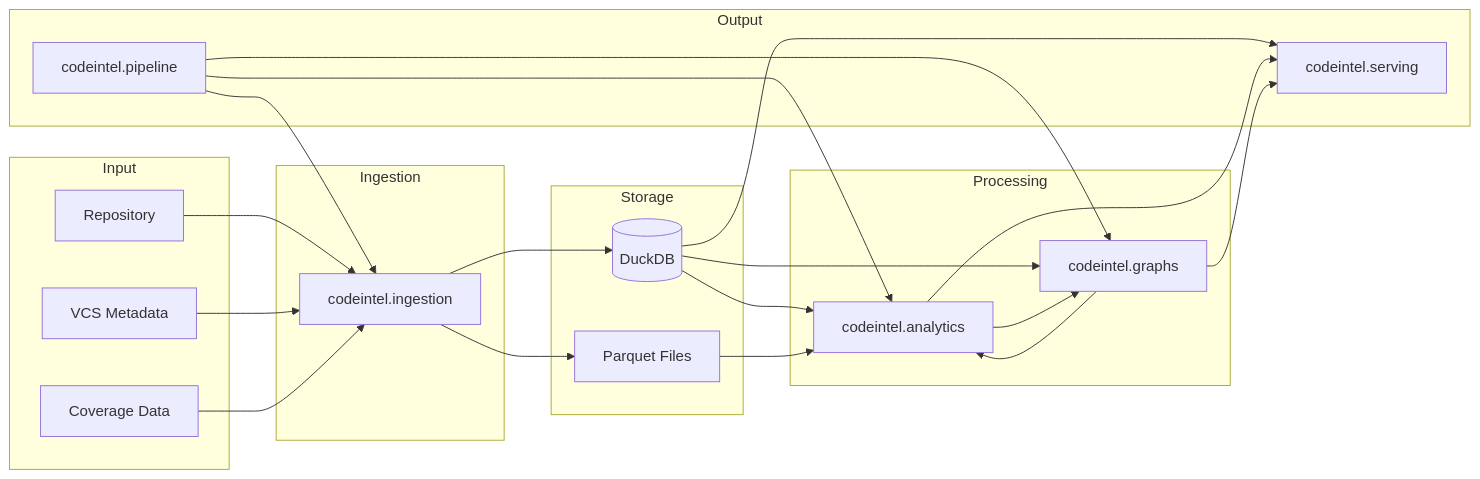
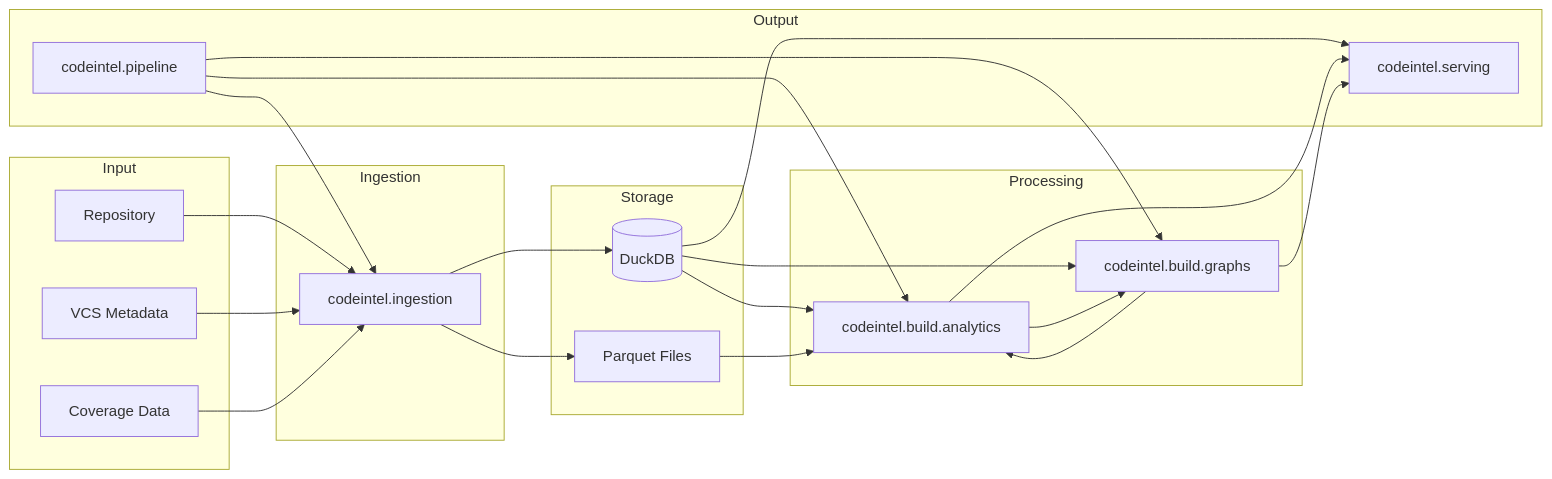
One commit to paul-heyse/CodeIntel changed the diagram in mkdocs-build/docs/architecture/overview.md. Above: the diagram before and after it, drawn with Mermaid. The commit also changed other lines of this file and 471 other files, not shown here.

Commit message:
continued build hamilton and inference related consolidation, storage and serving architecture alignment

````diff
--- a/mkdocs-build/docs/architecture/overview.md
+++ b/mkdocs-build/docs/architecture/overview.md
@@ -8,44 +8,44 @@
 ```mermaid
 graph LR
     subgraph Input
         Repo[Repository]
         VCS[VCS Metadata]
         Coverage[Coverage Data]
     end
 
     subgraph Ingestion
         Ingest[codeintel.ingestion]
     end
 
     subgraph Storage
         DB[(DuckDB)]
         Parquet[Parquet Files]
     end
 
     subgraph Processing
-        Analytics[codeintel.analytics]
-        Graphs[codeintel.graphs]
+        Analytics[codeintel.build.analytics]
+        Graphs[codeintel.build.graphs]
     end
 
     subgraph Output
         Serving[codeintel.serving]
         Pipeline[codeintel.pipeline]
     end
 
     Repo --> Ingest
     VCS --> Ingest
     Coverage --> Ingest
     Ingest --> DB
     Ingest --> Parquet
     DB --> Analytics
     Parquet --> Analytics
     DB --> Graphs
     Analytics --> Graphs
     Graphs --> Analytics
     DB --> Serving
     Analytics --> Serving
     Graphs --> Serving
     Pipeline --> Ingest
     Pipeline --> Analytics
     Pipeline --> Graphs
 ```
````
